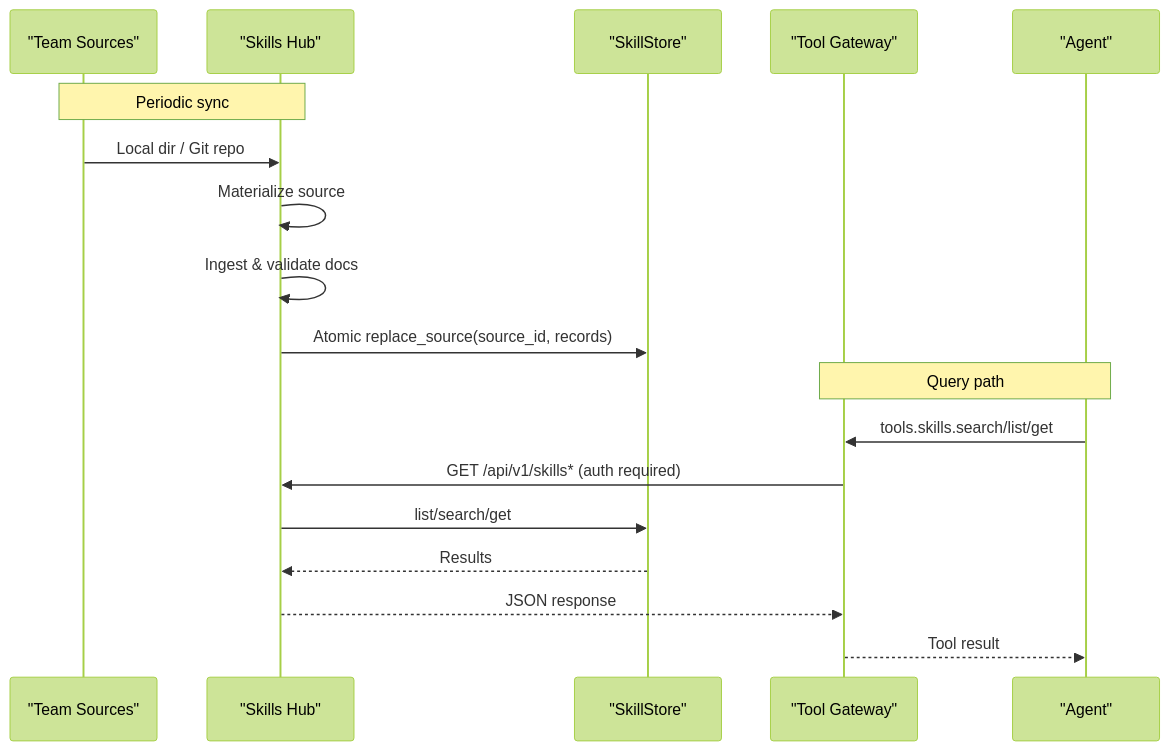
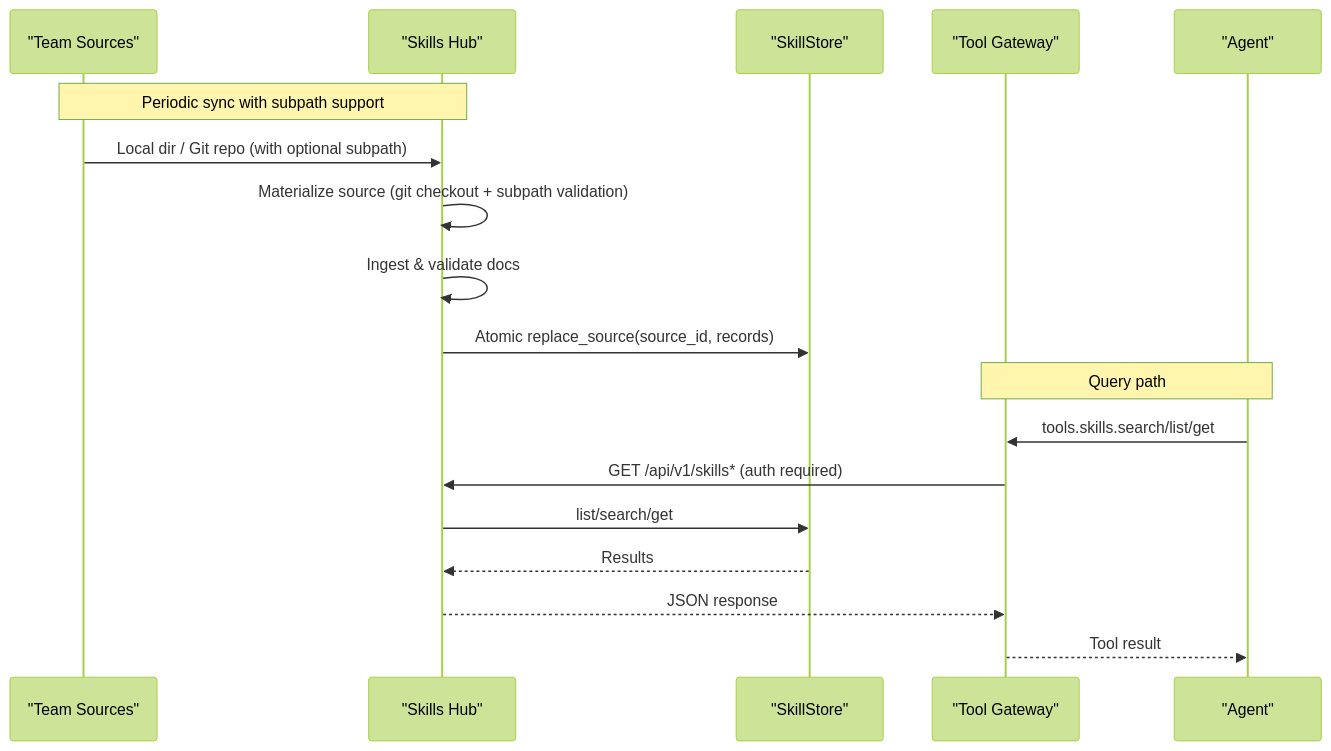
One commit to metasync/luban-aiops changed the second of 10 diagrams in .qoder/repowiki/en/content/Deployment and Operations/Skills Hub Service.md. Above: the diagram before and after it, drawn with Mermaid (forest theme). The commit also changed other lines of this file and 4 other files, not shown here.

````diff
--- a/.qoder/repowiki/en/content/Deployment and Operations/Skills Hub Service.md
+++ b/.qoder/repowiki/en/content/Deployment and Operations/Skills Hub Service.md
@@ -109,20 +120,20 @@
 ```mermaid
 sequenceDiagram
 participant Team as "Team Sources"
 participant Hub as "Skills Hub"
 participant Store as "SkillStore"
 participant GW as "Tool Gateway"
 participant Agent as "Agent"
-Note over Team,Hub : Periodic sync
-Team->>Hub : Local dir / Git repo
-Hub->>Hub : Materialize source
+Note over Team,Hub : Periodic sync with subpath support
+Team->>Hub : Local dir / Git repo (with optional subpath)
+Hub->>Hub : Materialize source (git checkout + subpath validation)
 Hub->>Hub : Ingest & validate docs
 Hub->>Store : Atomic replace_source(source_id, records)
 Note over Agent,GW : Query path
 Agent->>GW : tools.skills.search/list/get
 GW->>Hub : GET /api/v1/skills* (auth required)
 Hub->>Store : list/search/get
 Store-->>Hub : Results
 Hub-->>GW : JSON response
 GW-->>Agent : Tool result
 ```
````
